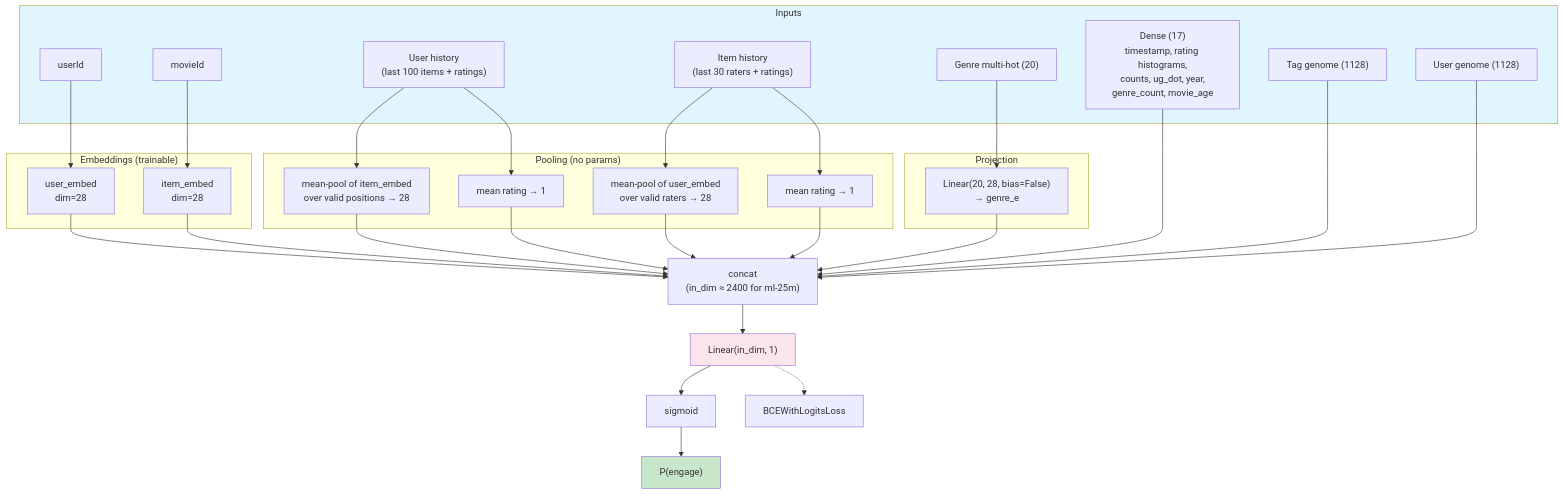
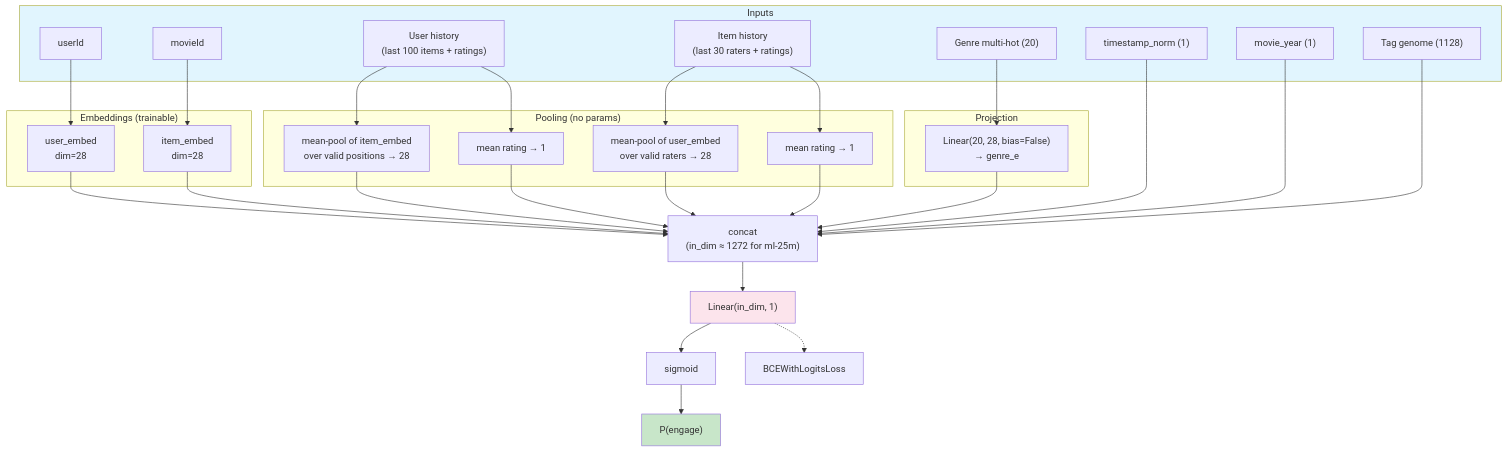
The diagram in README.md (thuningxu/movielens), drawn with Mermaid before and after one commit. The commit also changed other lines of this file and 2 other files, not shown here.

````diff
--- a/README.md
+++ b/README.md
@@ -20,51 +20,51 @@
 ```mermaid
 graph TD
     subgraph Inputs
         UID["userId"]
         MID["movieId"]
         UHIST["User history<br/>(last 100 items + ratings)"]
         IHIST["Item history<br/>(last 30 raters + ratings)"]
         GENRE["Genre multi-hot (20)"]
-        DENSE["Dense (17)<br/>timestamp, rating histograms,<br/>counts, ug_dot, year,<br/>genre_count, movie_age"]
+        TS["timestamp_norm (1)"]
+        YEAR["movie_year (1)"]
         GENOME["Tag genome (1128)"]
-        UGENOME["User genome (1128)"]
     end
 
     subgraph "Embeddings (trainable)"
         UID --> UE["user_embed<br/>dim=28"]
         MID --> IE["item_embed<br/>dim=28"]
     end
 
     subgraph "Pooling (no params)"
         UHIST --> UHP["mean-pool of item_embed<br/>over valid positions → 28"]
         UHIST --> UHR["mean rating → 1"]
         IHIST --> IHP["mean-pool of user_embed<br/>over valid raters → 28"]
         IHIST --> IHR["mean rating → 1"]
     end
 
     subgraph "Projection"
         GENRE --> GP["Linear(20, 28, bias=False)<br/>→ genre_e"]
     end
 
-    UE --> CONCAT["concat<br/>(in_dim ≈ 2400 for ml-25m)"]
+    UE --> CONCAT["concat<br/>(in_dim ≈ 1272 for ml-25m)"]
     IE --> CONCAT
     UHP --> CONCAT
     UHR --> CONCAT
     IHP --> CONCAT
     IHR --> CONCAT
     GP --> CONCAT
-    DENSE --> CONCAT
+    TS --> CONCAT
+    YEAR --> CONCAT
     GENOME --> CONCAT
-    UGENOME --> CONCAT
 
     CONCAT --> HEAD["Linear(in_dim, 1)"]
     HEAD --> SIGMOID["sigmoid"]
     SIGMOID --> PRED["P(engage)"]
 
     LOSS["BCEWithLogitsLoss"]
     HEAD -.-> LOSS
 
     style Inputs fill:#e1f5fe
     style HEAD fill:#fce4ec
     style PRED fill:#c8e6c9
 ```
````
